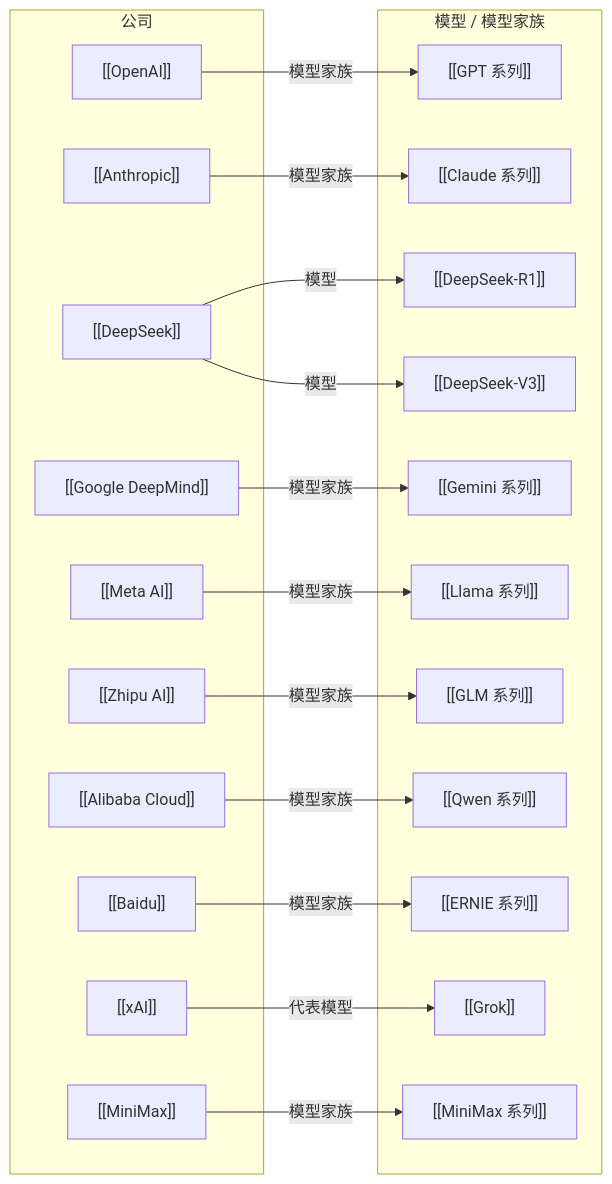
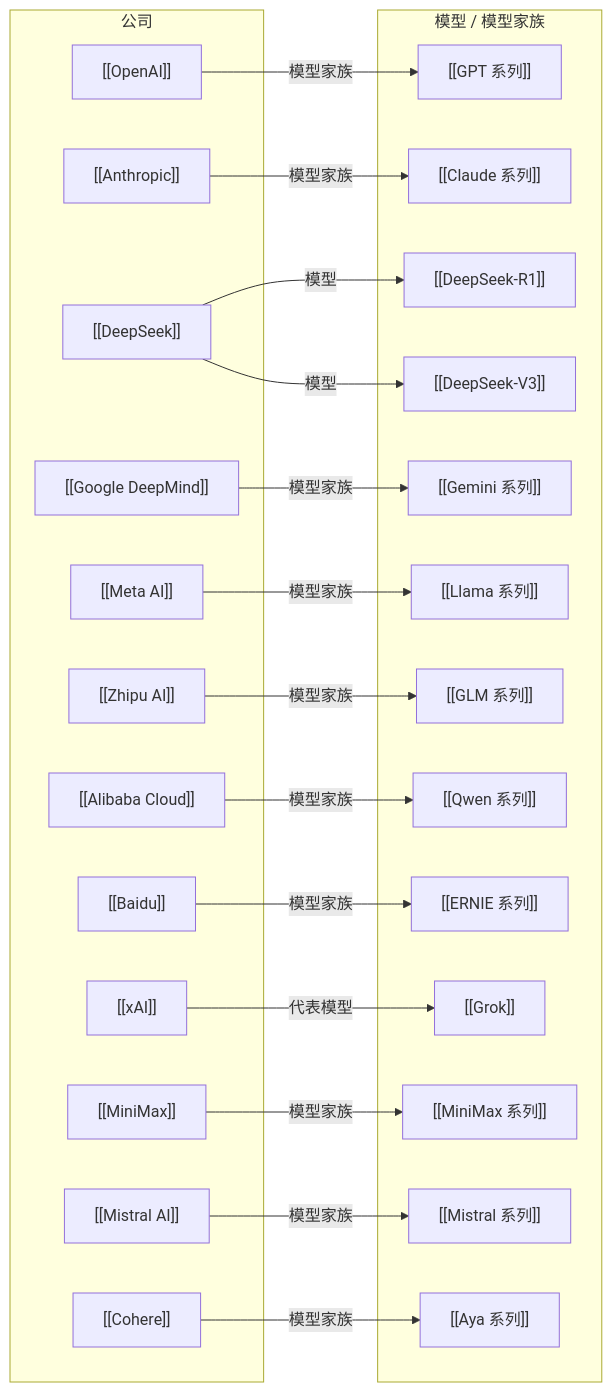
The diagram in 01-Areas/AI-Learning/07-Maps/AI Company-Models Map.md (superliyang/tony-2026), drawn with Mermaid before and after one commit. The commit also changed other lines of this file and 9 other files, not shown here.

Commit message:
Extend AI frontier graph with new model families

````diff
--- a/01-Areas/AI-Learning/07-Maps/AI Company-Models Map.md
+++ b/01-Areas/AI-Learning/07-Maps/AI Company-Models Map.md
@@ -15,43 +15,47 @@
 ```mermaid
 graph LR
     subgraph companies["公司"]
         openai["[[OpenAI]]"]
         anthropic["[[Anthropic]]"]
         deepseek["[[DeepSeek]]"]
         gdm["[[Google DeepMind]]"]
         meta["[[Meta AI]]"]
         zhipu["[[Zhipu AI]]"]
         alibaba["[[Alibaba Cloud]]"]
         baidu["[[Baidu]]"]
         minimax["[[MiniMax]]"]
+        mistralc["[[Mistral AI]]"]
+        coherec["[[Cohere]]"]
         xai["[[xAI]]"]
     end
 
     subgraph models["模型 / 模型家族"]
         gpt["[[GPT 系列]]"]
         claude["[[Claude 系列]]"]
         r1["[[DeepSeek-R1]]"]
         dsv3["[[DeepSeek-V3]]"]
         gemini["[[Gemini 系列]]"]
         llama["[[Llama 系列]]"]
         glm["[[GLM 系列]]"]
         qwen["[[Qwen 系列]]"]
         ernie["[[ERNIE 系列]]"]
         grok["[[Grok]]"]
         minimaxm["[[MiniMax 系列]]"]
+        mistralm["[[Mistral 系列]]"]
+        aya["[[Aya 系列]]"]
     end
 
     openai -->|模型家族| gpt
-
     anthropic -->|模型家族| claude
-
     deepseek -->|模型| r1
     deepseek -->|模型| dsv3
     gdm -->|模型家族| gemini
     meta -->|模型家族| llama
     zhipu -->|模型家族| glm
     alibaba -->|模型家族| qwen
     baidu -->|模型家族| ernie
+    minimax -->|模型家族| minimaxm
+    mistralc -->|模型家族| mistralm
+    coherec -->|模型家族| aya
     xai -->|代表模型| grok
-    minimax -->|模型家族| minimaxm
 ```
````
